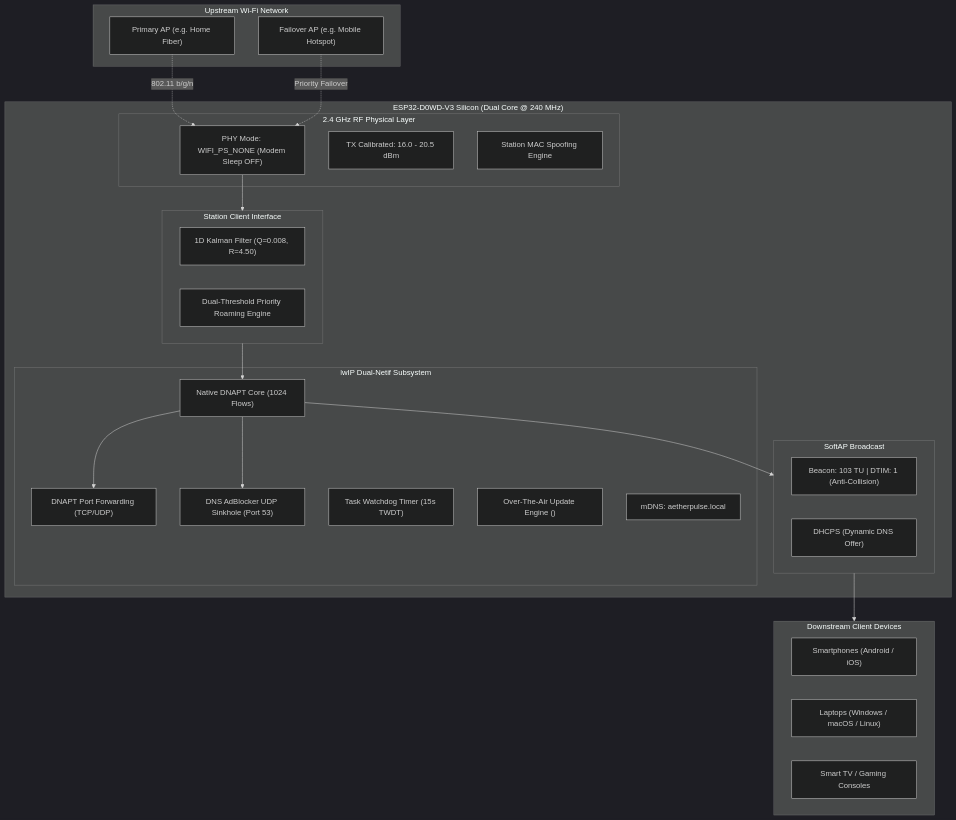
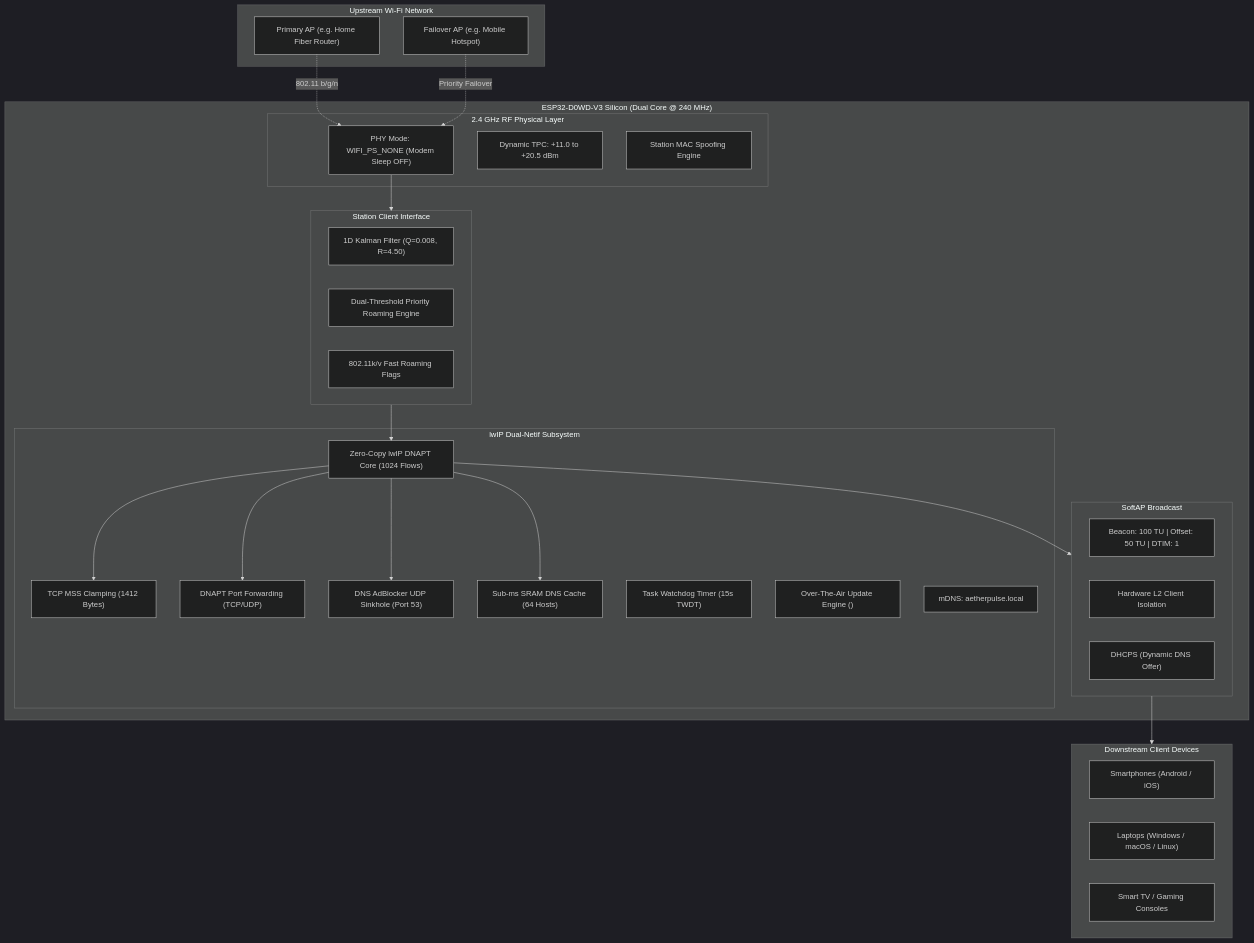
Before and after one commit to Itszeeshanrajput/AetherPulse-ESP32: the diagram in README.md, drawn with Mermaid (dark theme). The commit also changed other lines of this file and 35 other files, not shown here.

First line of the commit message:
feat(v3.0.1): release AetherPulse v3.0.1 with unified branding, dynamic TPC, live canvas topology, and upgraded web installer

````diff
--- a/README.md
+++ b/README.md
@@ -85,49 +76,55 @@
 ```mermaid
 flowchart TD
     subgraph Uplink ["Upstream Wi-Fi Network"]
-        AP1["Primary AP (e.g. Home Fiber)"]
+        AP1["Primary AP (e.g. Home Fiber Router)"]
         AP2["Failover AP (e.g. Mobile Hotspot)"]
     end
 
     subgraph ESP32 ["ESP32-D0WD-V3 Silicon (Dual Core @ 240 MHz)"]
         subgraph RF ["2.4 GHz RF Physical Layer"]
             PHY["PHY Mode: WIFI_PS_NONE (Modem Sleep OFF)"]
-            TX["TX Calibrated: 16.0 - 20.5 dBm"]
+            TPC["Dynamic TPC: +11.0 to +20.5 dBm"]
             MAC["Station MAC Spoofing Engine"]
         end
 
         subgraph STA ["Station Client Interface"]
             KF["1D Kalman Filter (Q=0.008, R=4.50)"]
             ROAM["Dual-Threshold Priority Roaming Engine"]
+            FAST["802.11k/v Fast Roaming Flags"]
         end
 
         subgraph L3 ["lwIP Dual-Netif Subsystem"]
-            NAPT["Native DNAPT Core (1024 Flows)"]
+            NAPT["Zero-Copy lwIP DNAPT Core (1024 Flows)"]
+            MSS["TCP MSS Clamping (1412 Bytes)"]
             PORTMAP["DNAPT Port Forwarding (TCP/UDP)"]
             ADBLK["DNS AdBlocker UDP Sinkhole (Port 53)"]
+            DNSC["Sub-ms SRAM DNS Cache (64 Hosts)"]
             WDT["Task Watchdog Timer (15s TWDT)"]
             OTA["Over-The-Air Update Engine (<Update.h>)"]
             MDNS["mDNS: aetherpulse.local"]
         end
 
         subgraph SoftAP ["SoftAP Broadcast"]
-            CFG["Beacon: 103 TU | DTIM: 1 (Anti-Collision)"]
+            CFG["Beacon: 100 TU | Offset: 50 TU | DTIM: 1"]
+            ISO["Hardware L2 Client Isolation"]
             DHCP["DHCPS (Dynamic DNS Offer)"]
         end
     end
 
     subgraph Clients ["Downstream Client Devices"]
         Mobile["Smartphones (Android / iOS)"]
         Laptop["Laptops (Windows / macOS / Linux)"]
         IoT["Smart TV / Gaming Consoles"]
     end
 
     AP1 -.->|802.11 b/g/n| PHY
     AP2 -.->|Priority Failover| PHY
     PHY --> STA
     STA --> NAPT
+    NAPT --> MSS
     NAPT --> PORTMAP
     NAPT --> ADBLK
+    NAPT --> DNSC
     NAPT --> SoftAP
     SoftAP --> Clients
 ```
````
